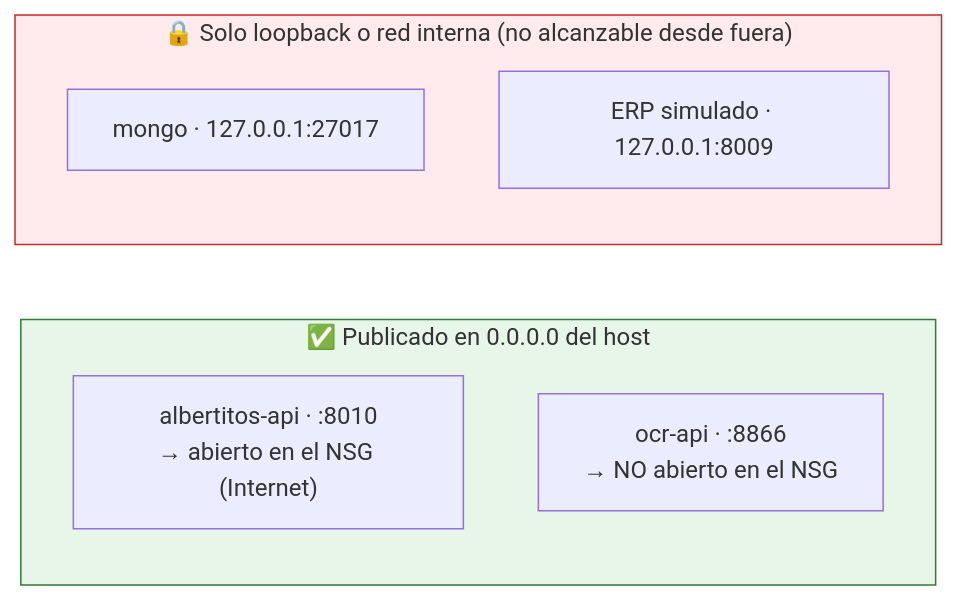
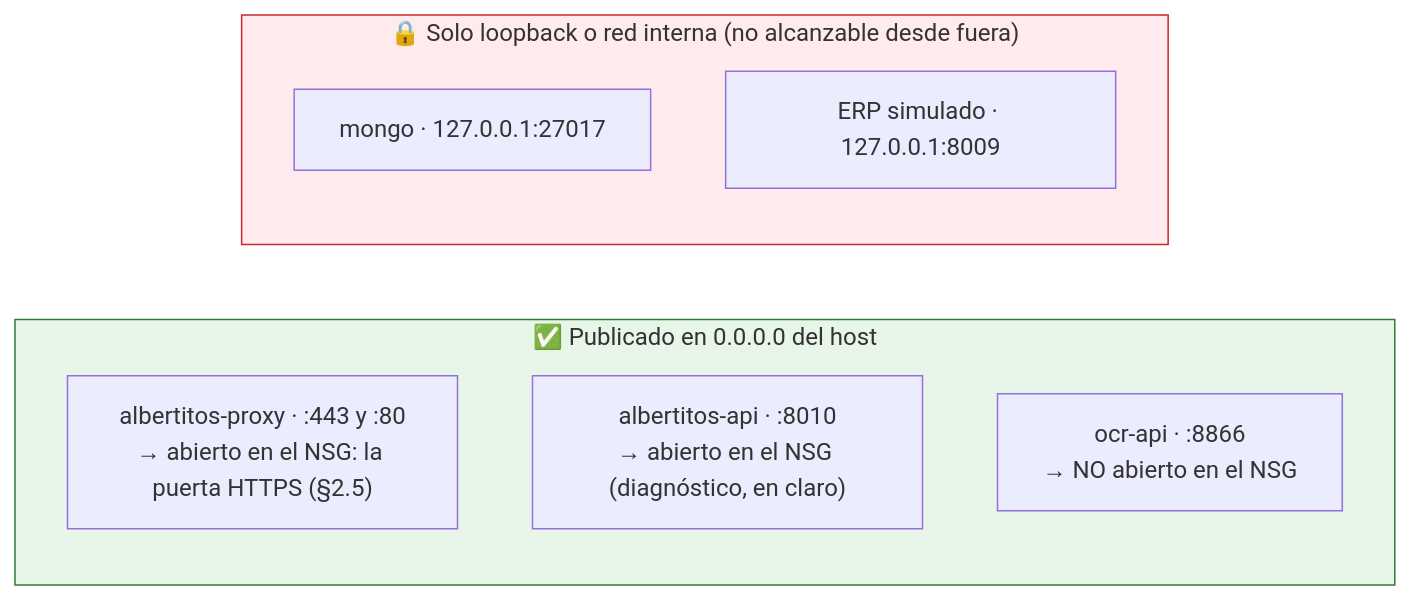
One commit to alexcerezo/maisa changed the third of 7 diagrams in maisa/api/README.md. Above: the diagram before and after it, drawn with Mermaid. The commit also changed other lines of this file and 3 other files, not shown here.

First line of the commit message:
docs(api): documentar la API por HTTPS y el proxy TLS

````diff
--- a/maisa/api/README.md
+++ b/maisa/api/README.md
@@ -145,13 +145,14 @@
 ```mermaid
 flowchart LR
     subgraph ABIERTO["✅ Publicado en 0.0.0.0 del host"]
-        P1["albertitos-api · :8010<br/>→ abierto en el NSG (Internet)"]
+        P0["albertitos-proxy · :443 y :80<br/>→ abierto en el NSG: la puerta HTTPS (§2.5)"]
+        P1["albertitos-api · :8010<br/>→ abierto en el NSG (diagnóstico, en claro)"]
         P2["ocr-api · :8866<br/>→ NO abierto en el NSG"]
     end
     subgraph CERRADO["🔒 Solo loopback o red interna (no alcanzable desde fuera)"]
         P3["mongo · 127.0.0.1:27017"]
         P4["ERP simulado · 127.0.0.1:8009"]
     end
     style ABIERTO fill:#e8f5e9,stroke:#2e7d32
     style CERRADO fill:#ffebee,stroke:#c62828
 ```
````
